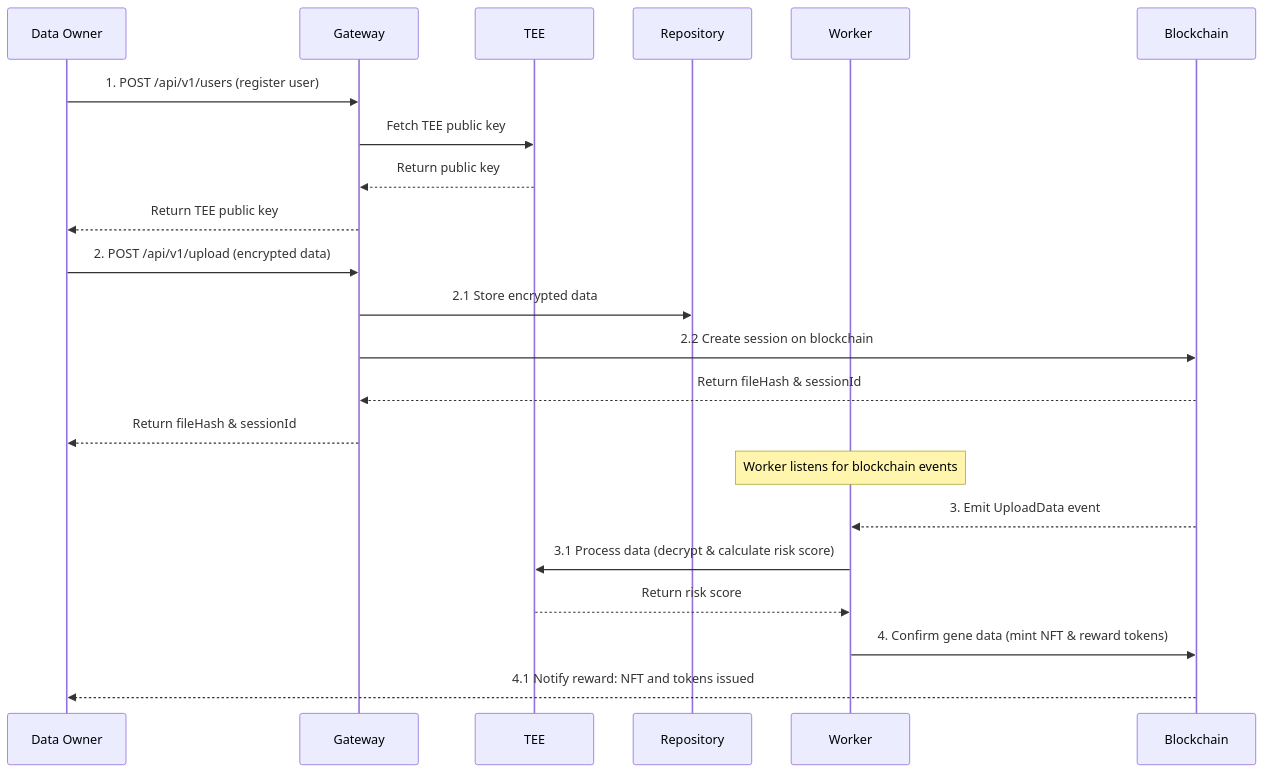
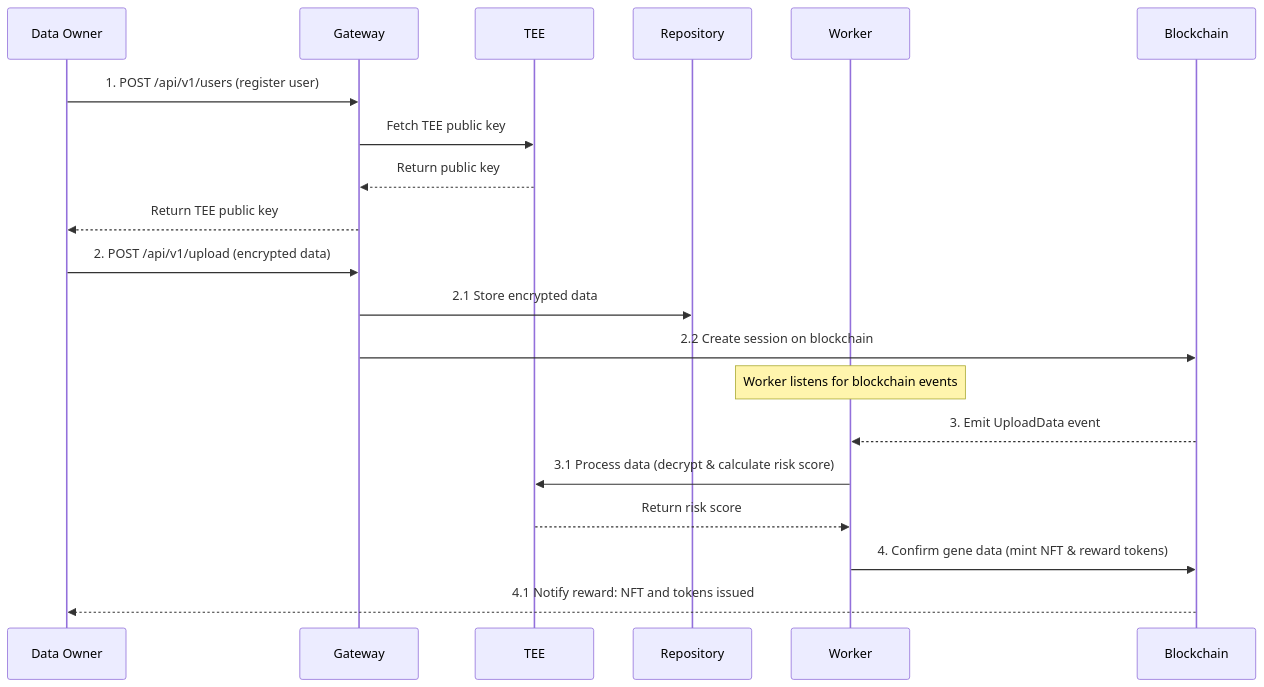
Before and after one commit to minhngoc274/genomic-system: the diagram in genomic-service/README.md, drawn with Mermaid. The commit also changed 1 other file, not shown here.

Commit message:
refactor: update docs

````diff
--- a/genomic-service/README.md
+++ b/genomic-service/README.md
@@ -8,32 +8,30 @@
 ```mermaid
 sequenceDiagram
     participant DO as Data Owner
     participant GW as Gateway
     participant TEE as TEE
     participant RP as Repository
     participant WK as Worker
     participant BC as Blockchain
 
     %% Step 1: User Registration and TEE Key Retrieval
     DO ->> GW: 1. POST /api/v1/users (register user)
     GW ->> TEE: Fetch TEE public key
     TEE -->> GW: Return public key
     GW -->> DO: Return TEE public key
 
     %% Step 2: Data Upload
     DO ->> GW: 2. POST /api/v1/upload (encrypted data)
     GW ->> RP: 2.1 Store encrypted data
     GW ->> BC: 2.2 Create session on blockchain
-    BC -->> GW: Return fileHash & sessionId
-    GW -->> DO: Return fileHash & sessionId
 
     %% Step 3: Event Processing
     Note over WK: Worker listens for blockchain events
     BC -->> WK: 3. Emit UploadData event
     WK ->> TEE: 3.1 Process data (decrypt & calculate risk score)
     TEE -->> WK: Return risk score
 
     %% Step 4: Confirmation and Reward
     WK ->> BC: 4. Confirm gene data (mint NFT & reward tokens)
     BC -->> DO: 4.1 Notify reward: NFT and tokens issued
 ```
````
